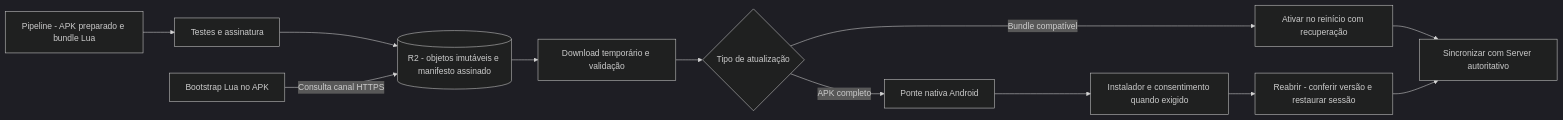
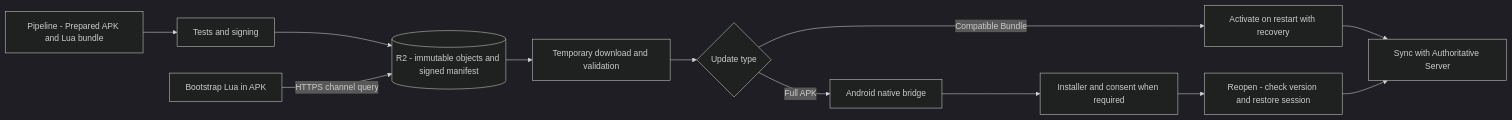
One commit to ReeseArch64/opencok changed diagram 14 of 14 in .github/ARCHITECTURE.md. Above: the diagram before and after it, drawn with Mermaid (dark theme). The commit also changed other lines of this file and 10 other files, not shown here.

````diff
--- a/.github/ARCHITECTURE.md
+++ b/.github/ARCHITECTURE.md
@@ -1826,14 +1762,14 @@
 ```mermaid
 flowchart LR
-  build[Pipeline - APK preparado e bundle Lua] --> tests[Testes e assinatura]
-  tests --> r2[(R2 - objetos imutáveis e manifesto assinado)]
-  lua[Bootstrap Lua no APK] -->|Consulta canal HTTPS| r2
-  r2 --> verify[Download temporário e validação]
-  verify --> kind{Tipo de atualização}
-  kind -->|Bundle compatível| activate[Ativar no reinício com recuperação]
-  kind -->|APK completo| native[Ponte nativa Android]
-  native --> installer[Instalador e consentimento quando exigido]
-  installer --> restart[Reabrir - conferir versão e restaurar sessão]
-  activate --> sync[Sincronizar com Server autoritativo]
+  build[Pipeline - Prepared APK and Lua bundle] --> tests[Tests and signing]
+  tests --> r2[(R2 - immutable objects and signed manifest)]
+  lua[Bootstrap Lua in APK] -->|HTTPS channel query| r2
+  r2 --> verify[Temporary download and validation]
+  verify --> kind{Update type}
+  kind -->|Compatible Bundle| activate[Activate on restart with recovery]
+  kind -->|Full APK| native[Android native bridge]
+  native --> installer[Installer and consent when required]
+  installer --> restart[Reopen - check version and restore session]
+  activate --> sync[Sync with Authoritative Server]
   restart --> sync
 ```
````
